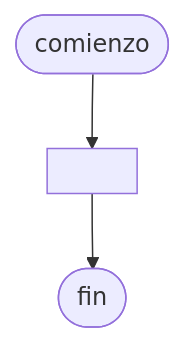
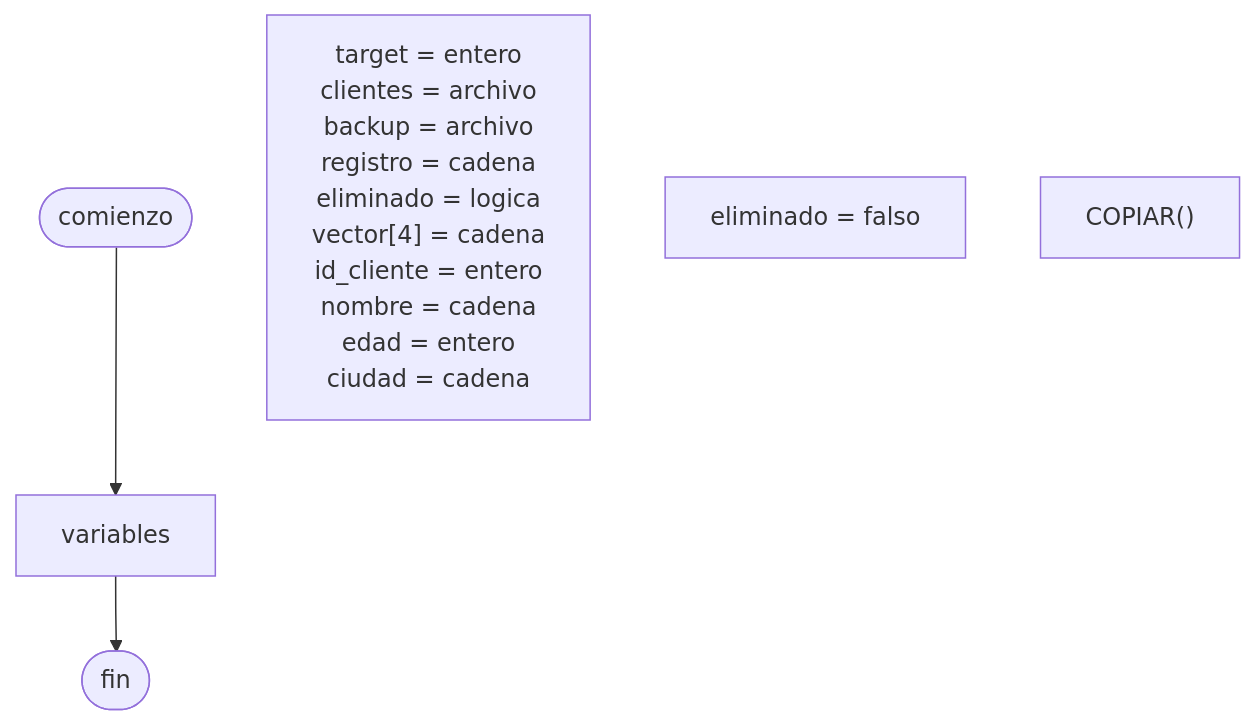
One commit to martinstanicio/ingenieria-en-sistemas changed the diagram in Algoritmos y Estructuras de Datos/Actividades/20241102 - Eliminar cliente.md. Above: the diagram before and after it, drawn with Mermaid. The commit also changed other lines of this file and 2 other files, not shown here.

Commit message:
vault backup: 2024-11-02 20:00:50

````diff
--- a/Algoritmos y Estructuras de Datos/Actividades/20241102 - Eliminar cliente.md
+++ b/Algoritmos y Estructuras de Datos/Actividades/20241102 - Eliminar cliente.md
@@ -20,11 +20,22 @@
 ```mermaid
 flowchart TB
 	comienzo([comienzo])
     
-	variables["`
-	`"]
+	declarar["`target = entero
+	clientes = archivo
+	backup = archivo
+	registro = cadena
+	eliminado = logica
+	vector[4] = cadena
+	id_cliente = entero
+	nombre = cadena
+	edad = entero
+	ciudad = cadena`"]
+	inicializar["eliminado = falso"]
+	
+	copiar1["COPIAR()"]
     
     fin([fin])
     
 	comienzo --> variables --> fin
 ```
````
